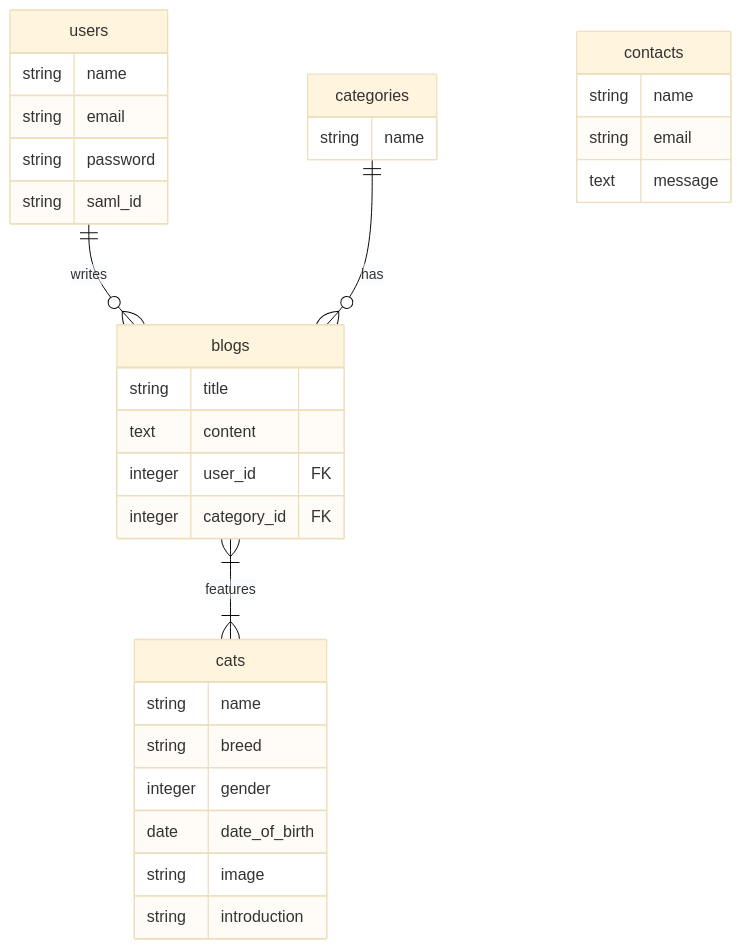
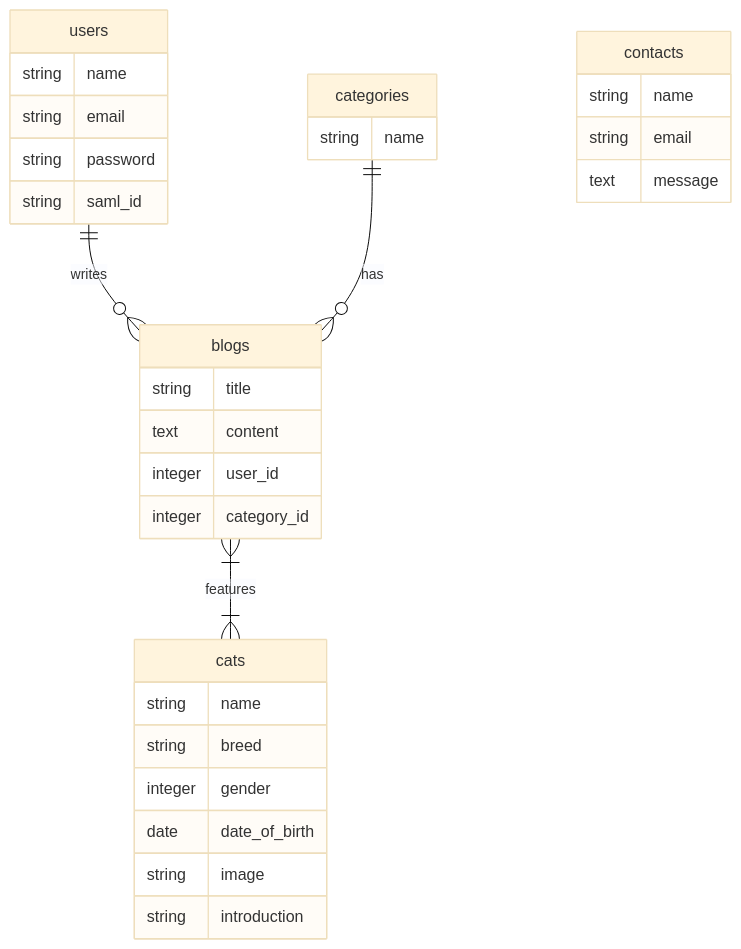
Before and after one commit to hideaki1979/ud_Laravel12_catcafe: the diagram in README.md, drawn with Mermaid (base theme). The commit also changed other lines of this file, not shown here.

Commit message:
README.md見直し(PR指摘)

````diff
--- a/README.md
+++ b/README.md
@@ -101,34 +101,34 @@
 ```mermaid
 erDiagram
     users ||--o{ blogs : "writes"
     categories ||--o{ blogs : "has"
     blogs }|--|{ cats : "features"
     contacts {
         string name
         string email
         text message
     }
     users {
         string name
         string email
         string password
         string saml_id
     }
     blogs {
         string title
         text content
-        integer user_id FK
-        integer category_id FK
+        integer user_id
+        integer category_id
     }
     cats {
         string name
         string breed
         integer gender
         date date_of_birth
         string image
         string introduction
     }
     categories {
         string name
     }
 ```
````
